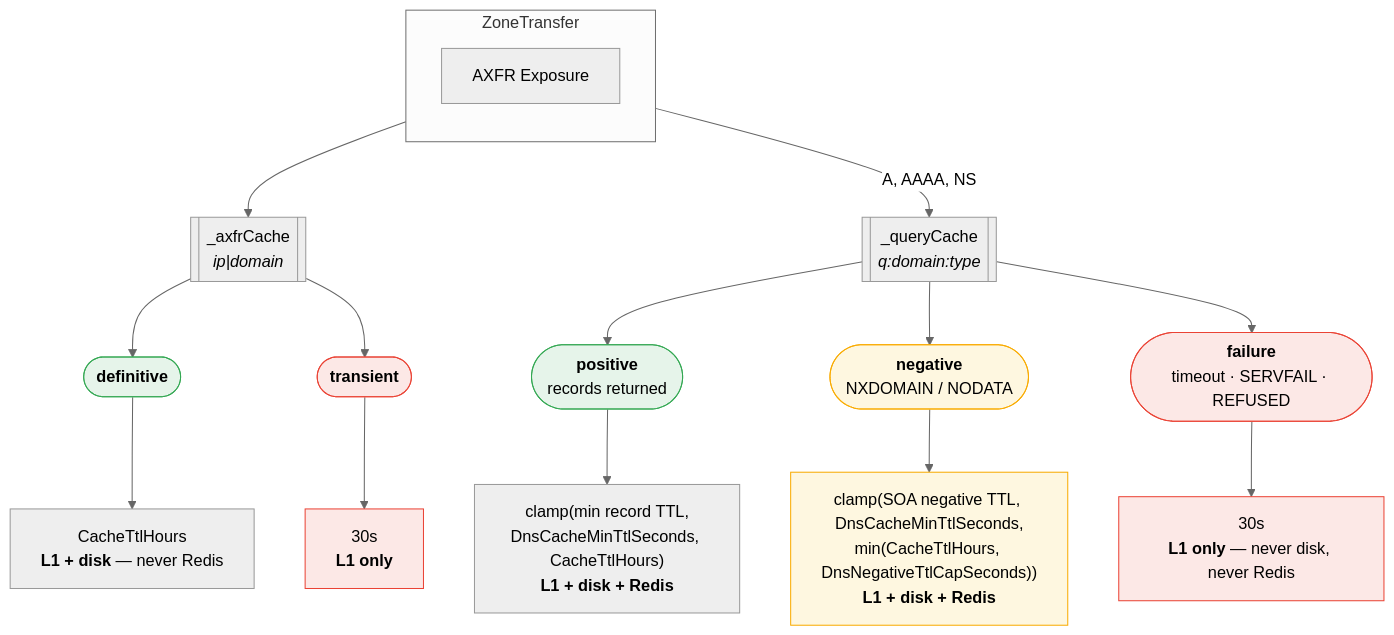
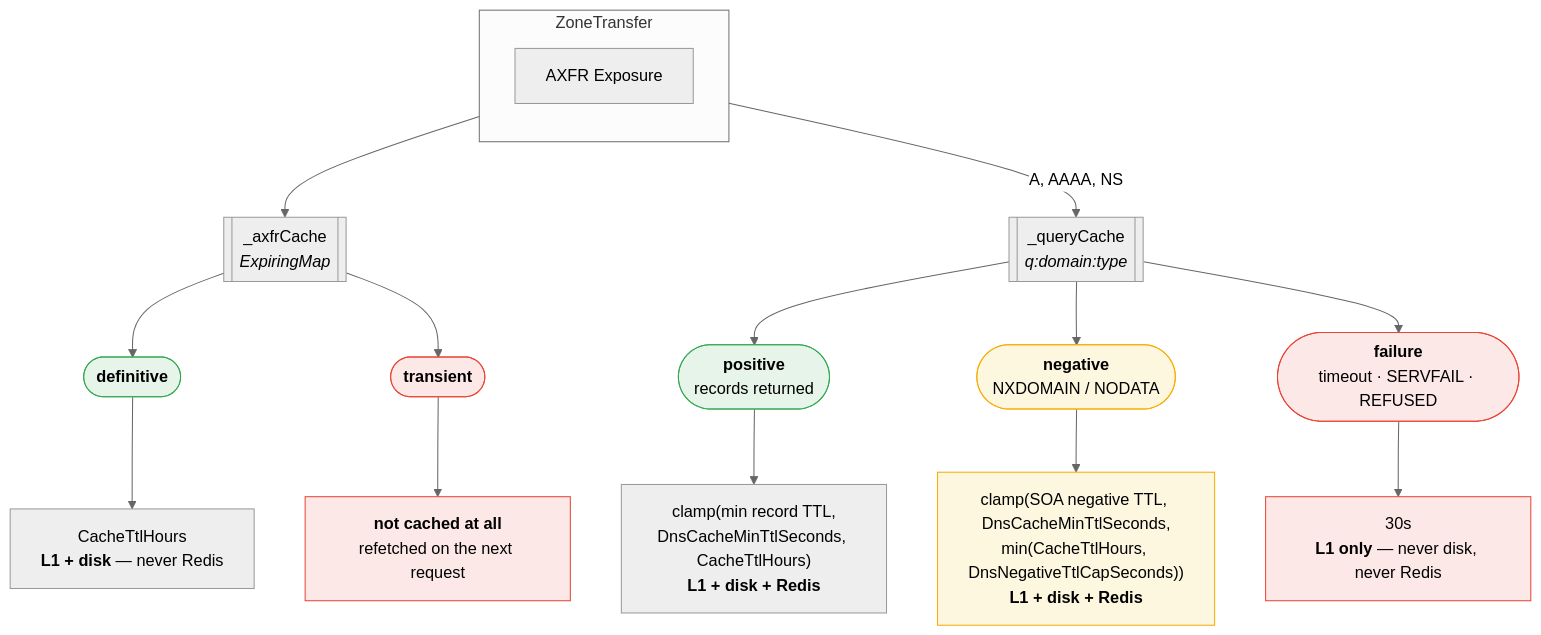
One commit to pkinerd/ednsv changed the eighth of 10 diagrams in docs/cache-behaviour-map.md. Above: the diagram before and after it, drawn with Mermaid (neutral theme). The commit also changed other lines of this file and 1 other file, not shown here.

First line of the commit message:
Reconcile the cache map against the code, and correct three caches

````diff
--- a/docs/cache-behaviour-map.md
+++ b/docs/cache-behaviour-map.md
@@ -623,39 +641,39 @@
 ```mermaid
 flowchart TD
     subgraph GNZoneTransfer["ZoneTransfer"]
         direction TB
         NAXFRExposure["AXFR Exposure"]
     end
     NqueryCache[["_queryCache<br/><i>q:domain:type</i>"]]
-    NaxfrCache[["_axfrCache<br/><i>ip|domain</i>"]]
+    NaxfrCache[["_axfrCache<br/><i>ExpiringMap</i>"]]
     NAXFRExposure --> NaxfrCache
     NAXFRExposure -->|"A, AAAA, NS"| NqueryCache
     RP(["<b>positive</b><br/>records returned"])
     RN(["<b>negative</b><br/>NXDOMAIN / NODATA"])
     RF(["<b>failure</b><br/>timeout · SERVFAIL · REFUSED"])
     LP["clamp(min record TTL,<br/>DnsCacheMinTtlSeconds, CacheTtlHours)<br/><b>L1 + disk + Redis</b>"]
     LN["clamp(SOA negative TTL, DnsCacheMinTtlSeconds,<br/>min(CacheTtlHours, DnsNegativeTtlCapSeconds))<br/><b>L1 + disk + Redis</b>"]
     LF["30s<br/><b>L1 only</b> — never disk, never Redis"]
     RP --> LP
     RN --> LN
     RF --> LF
-    LD(["<b>definitive</b>"])
-    LT(["<b>transient</b>"])
-    LLD["CacheTtlHours<br/><b>L1 + disk</b> — never Redis"]
-    LLT["30s<br/><b>L1 only</b>"]
-    LD --> LLD
-    LT --> LLT
+    ED(["<b>definitive</b>"])
+    ET(["<b>transient</b>"])
+    LED["CacheTtlHours<br/><b>L1 + disk</b> — never Redis"]
+    LET["<b>not cached at all</b><br/>refetched on the next request"]
+    ED --> LED
+    ET --> LET
     NqueryCache --> RP
     NqueryCache --> RN
     NqueryCache --> RF
-    NaxfrCache --> LD
-    NaxfrCache --> LT
-    style LD fill:#e6f4ea,stroke:#34a853
+    NaxfrCache --> ED
+    NaxfrCache --> ET
+    style ED fill:#e6f4ea,stroke:#34a853
+    style ET fill:#fce8e6,stroke:#ea4335
+    style LET fill:#fce8e6,stroke:#ea4335
     style LF fill:#fce8e6,stroke:#ea4335
-    style LLT fill:#fce8e6,stroke:#ea4335
     style LN fill:#fef7e0,stroke:#f9ab00
-    style LT fill:#fce8e6,stroke:#ea4335
     style RF fill:#fce8e6,stroke:#ea4335
     style RN fill:#fef7e0,stroke:#f9ab00
     style RP fill:#e6f4ea,stroke:#34a853
 ```
````
